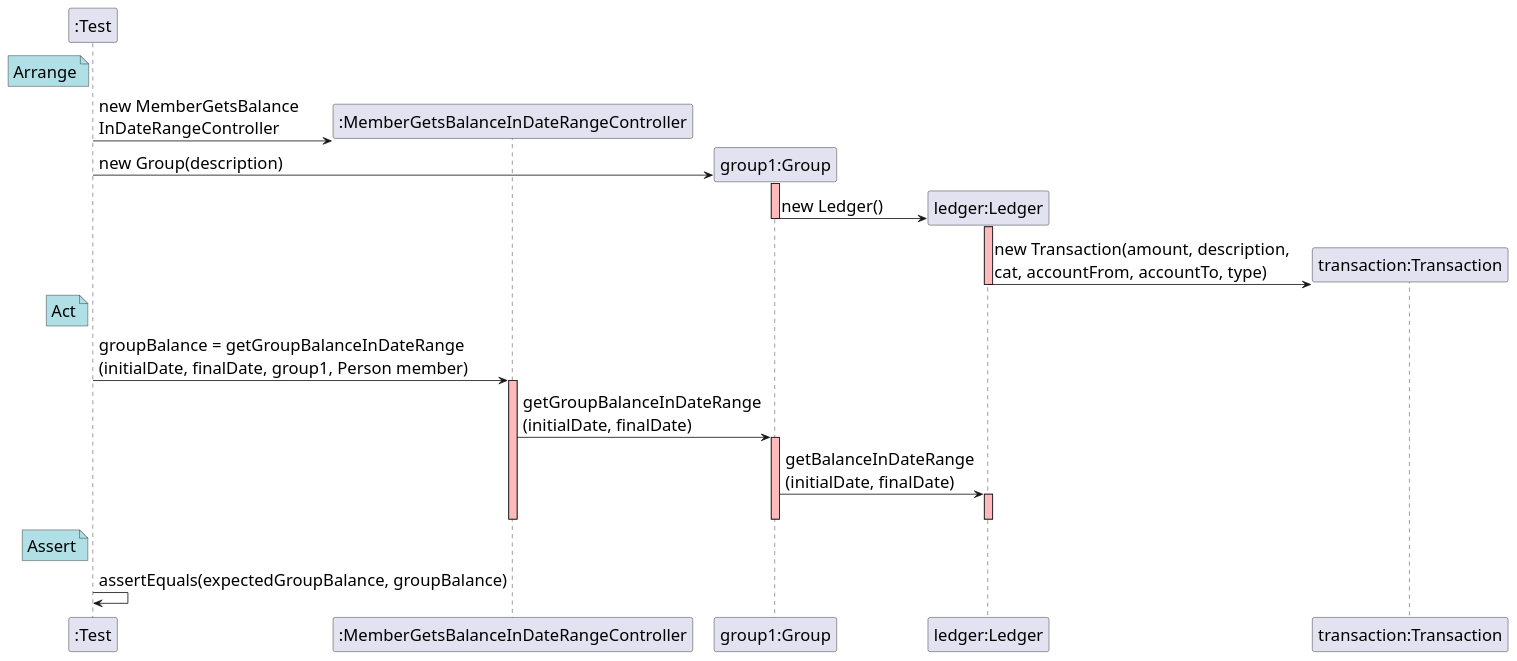
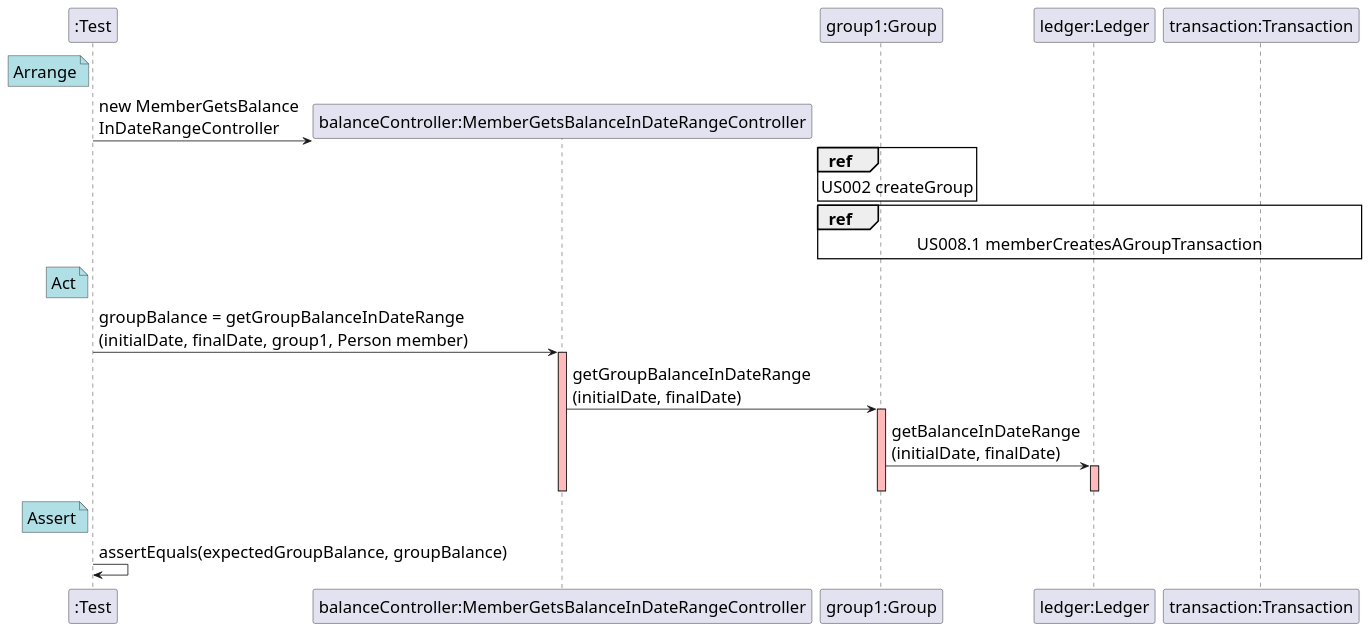
Before and after one commit to mleitaoribeiro/DevOpsMaven: the diagram in docs/SequenceDiagram - US018.puml, drawn with PlantUML.

Commit message:
ref #394

```diff
--- a/docs/SequenceDiagram - US018.puml
+++ b/docs/SequenceDiagram - US018.puml
@@ -1,49 +1,48 @@
 @startuml
 
 skinparam DefaultFontSize 20
 
 create ":Test"
 
 note left of ":Test" #powderblue
 	Arrange
 end note
-create ":MemberGetsBalanceInDateRangeController"
-":Test" -> ":MemberGetsBalanceInDateRangeController" : new MemberGetsBalance\nInDateRangeController
+create "balanceController:MemberGetsBalanceInDateRangeController"
+":Test" -> "balanceController:MemberGetsBalanceInDateRangeController" : new MemberGetsBalance\nInDateRangeController
 
-create "group1:Group"
-":Test" -> "group1:Group" : new Group(description)
-activate "group1:Group" #FFBBBB
+participant "group1:Group"
+participant "ledger:Ledger"
+participant "transaction:Transaction"
 
-create "ledger:Ledger"
-"group1:Group" -> "ledger:Ledger" : new Ledger()
-deactivate "group1:Group"
-activate "ledger:Ledger" #FFBBBB
+ref over "group1:Group"
+    US002 createGroup
+end
 
-create "transaction:Transaction"
-"ledger:Ledger" -> "transaction:Transaction" : new Transaction(amount, description, \ncat, accountFrom, accountTo, type)
-deactivate "ledger:Ledger"
+ref over "group1:Group", "ledger:Ledger", "transaction:Transaction"
+    US008.1 memberCreatesAGroupTransaction
+end
 
 note left of ":Test" #powderblue
 	Act
 end note
 
-":Test" -> ":MemberGetsBalanceInDateRangeController" : groupBalance = getGroupBalanceInDateRange\n(initialDate, finalDate, group1, Person member)
-activate ":MemberGetsBalanceInDateRangeController" #FFBBBB
+":Test" -> "balanceController:MemberGetsBalanceInDateRangeController" : groupBalance = getGroupBalanceInDateRange\n(initialDate, finalDate, group1, Person member)
+activate "balanceController:MemberGetsBalanceInDateRangeController" #FFBBBB
 
-":MemberGetsBalanceInDateRangeController" -> "group1:Group": getGroupBalanceInDateRange\n(initialDate, finalDate)
+"balanceController:MemberGetsBalanceInDateRangeController" -> "group1:Group": getGroupBalanceInDateRange\n(initialDate, finalDate)
 activate "group1:Group" #FFBBBB
 
 "group1:Group" -> "ledger:Ledger": getBalanceInDateRange\n(initialDate, finalDate)
 activate "ledger:Ledger" #FFBBBB
 
 deactivate "ledger:Ledger"
 deactivate "group1:Group"
-deactivate ":MemberGetsBalanceInDateRangeController"
+deactivate "balanceController:MemberGetsBalanceInDateRangeController"
 
 note left of ":Test" #powderblue
 	Assert
 end note
 
 ":Test" -> ":Test" : assertEquals(expectedGroupBalance, groupBalance)
 
 @enduml
```
